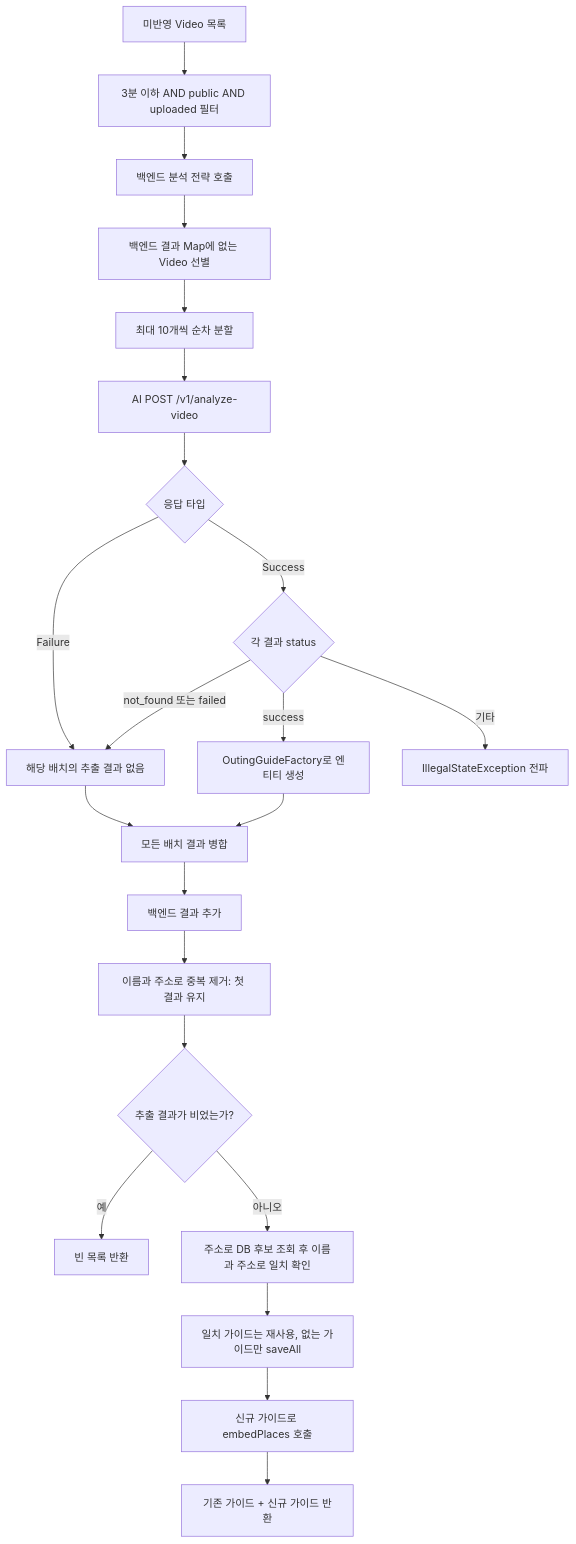
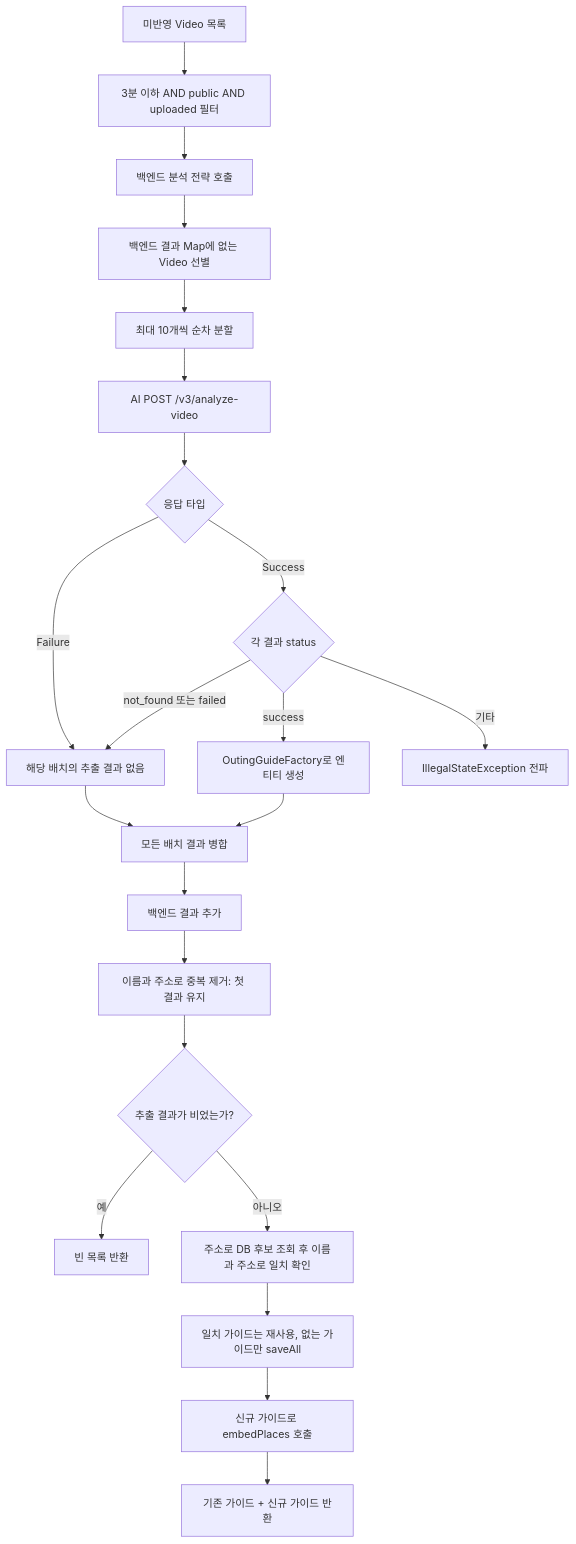
The second of 3 diagrams in docs/youtube-analysis-service-flow.md (100-hours-a-week/KTB4-8th-BE), drawn with Mermaid before and after one commit. The commit also changed 14 other files, not shown here.

````diff
--- a/docs/youtube-analysis-service-flow.md
+++ b/docs/youtube-analysis-service-flow.md
@@ -48,24 +48,24 @@
 ```mermaid
 flowchart TD
     A[미반영 Video 목록] --> B[3분 이하 AND public AND uploaded 필터]
     B --> C[백엔드 분석 전략 호출]
     C --> D[백엔드 결과 Map에 없는 Video 선별]
     D --> E[최대 10개씩 순차 분할]
-    E --> F[AI POST /v1/analyze-video]
+    E --> F[AI POST /v3/analyze-video]
     F --> G{응답 타입}
     G -- Failure --> H[해당 배치의 추출 결과 없음]
     G -- Success --> I{각 결과 status}
     I -- success --> J[OutingGuideFactory로 엔티티 생성]
     I -- not_found 또는 failed --> H
     I -- 기타 --> X[IllegalStateException 전파]
     H --> K[모든 배치 결과 병합]
     J --> K
     K --> L[백엔드 결과 추가]
     L --> M[이름과 주소로 중복 제거: 첫 결과 유지]
     M --> N{추출 결과가 비었는가?}
     N -- 예 --> O[빈 목록 반환]
     N -- 아니오 --> P[주소로 DB 후보 조회 후 이름과 주소로 일치 확인]
     P --> Q[일치 가이드는 재사용, 없는 가이드만 saveAll]
     Q --> R[신규 가이드로 embedPlaces 호출]
     R --> S[기존 가이드 + 신규 가이드 반환]
 ```
````
